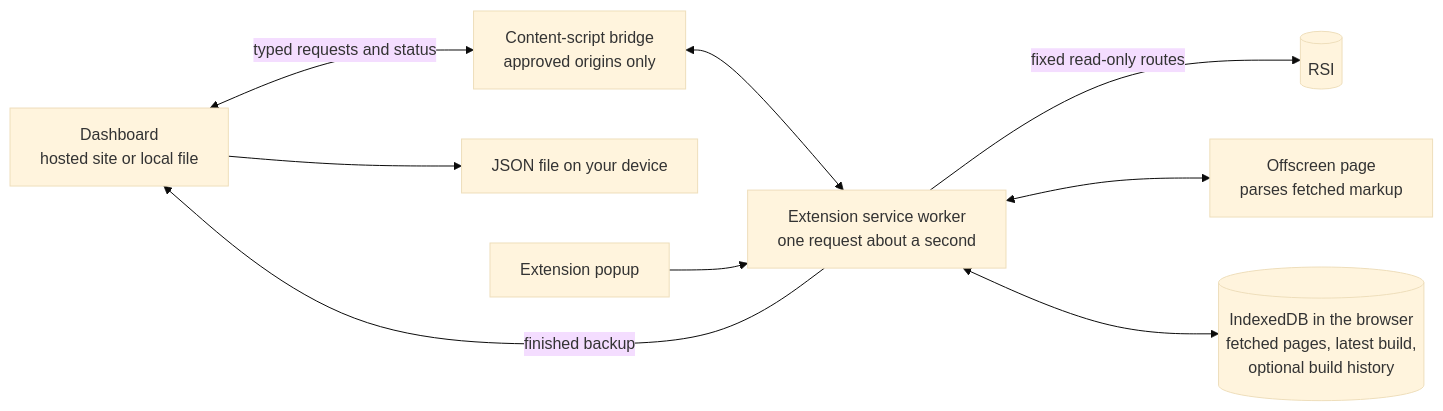
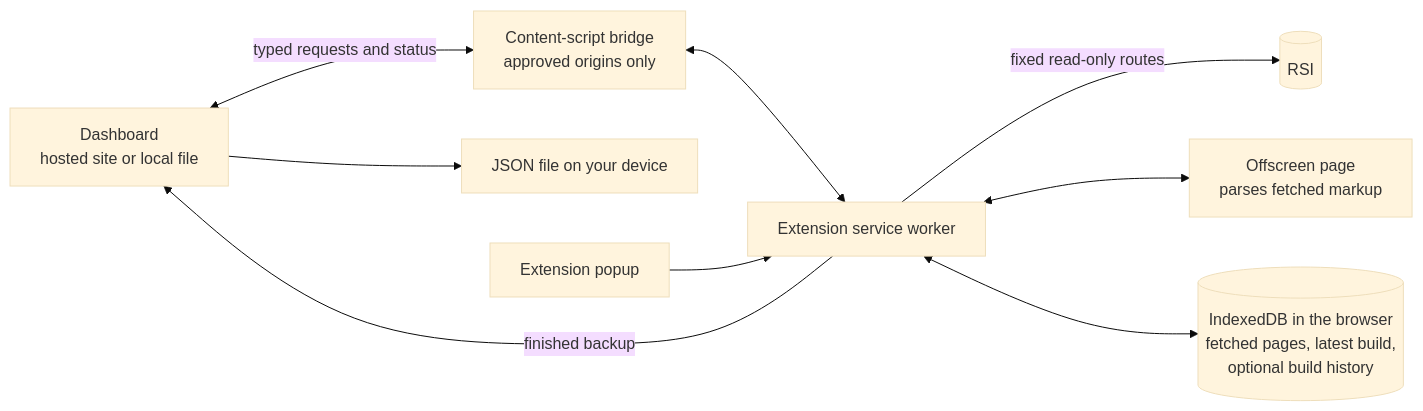
Before and after one commit to LevyBytes/citizendata.download: the diagram in README.md, drawn with Mermaid (base theme). The commit also changed other lines of this file and 279 other files, not shown here.

````diff
--- a/README.md
+++ b/README.md
@@ -116,11 +130,11 @@
 ```mermaid
 flowchart LR
   D["Dashboard<br>hosted site or local file"] <-->|typed requests and status| B["Content-script bridge<br>approved origins only"]
-  B <--> W["Extension service worker<br>one request about a second"]
+  B <--> W["Extension service worker"]
   W -->|"fixed read-only routes"| R[(RSI)]
   W <--> P["Offscreen page<br>parses fetched markup"]
   W <--> S[("IndexedDB in the browser<br>fetched pages, latest build,<br>optional build history")]
   W -->|finished backup| D
   D --> J["JSON file on your device"]
   U["Extension popup"] --> W
 ```
````
